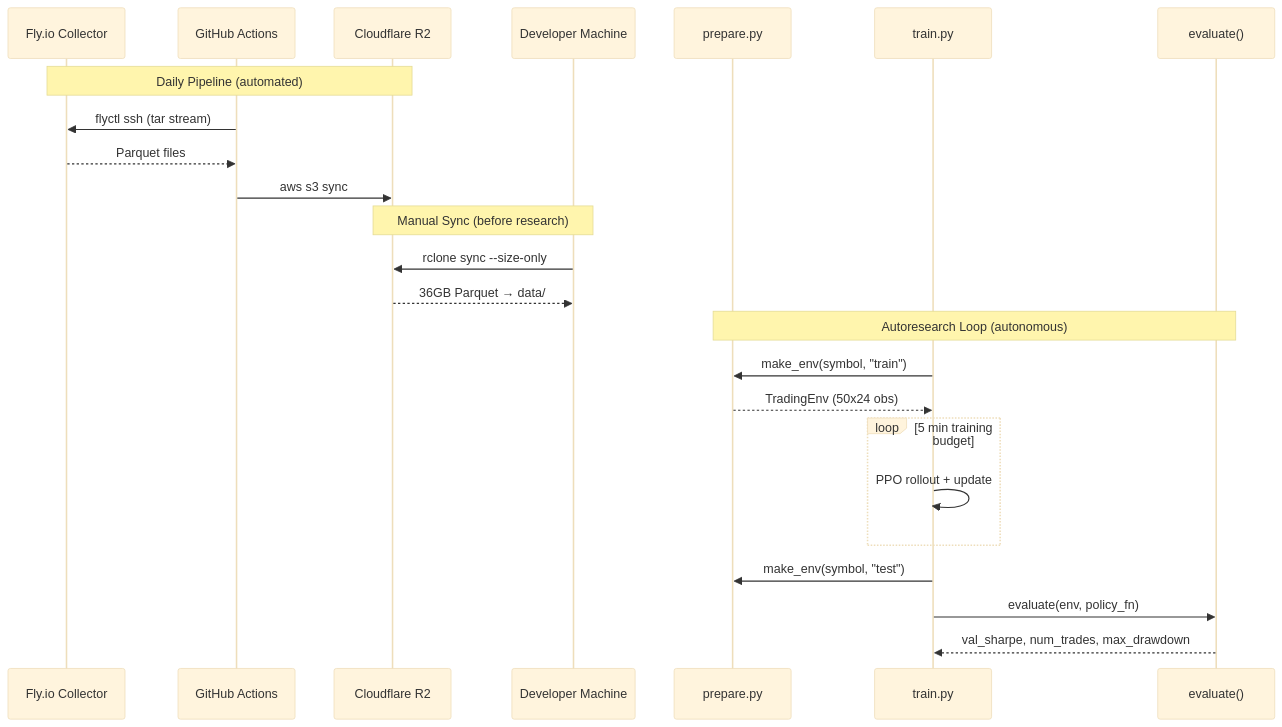
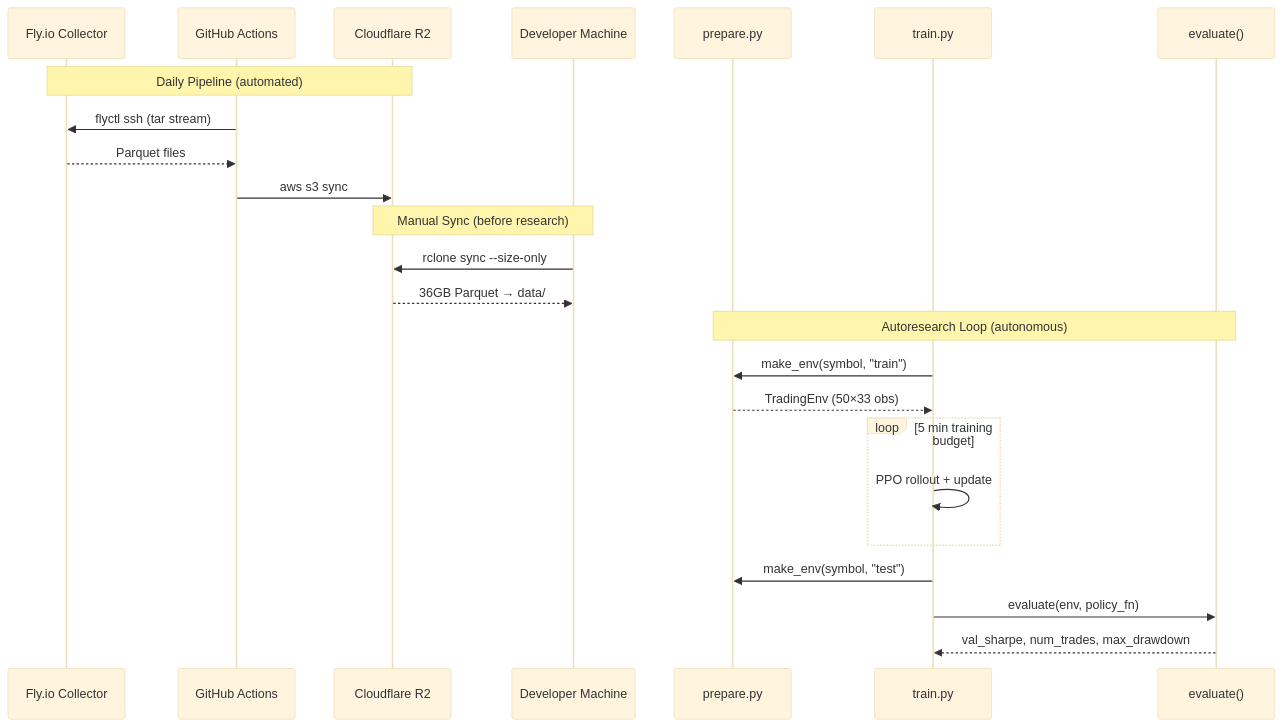
Before and after one commit to autoresearch-trading/autoresearch-trading: the second of 2 diagrams in docs/CODEBASE_MAP.md, drawn with Mermaid (base theme). The commit also changed other lines of this file and 3 other files, not shown here.

````diff
--- a/docs/CODEBASE_MAP.md
+++ b/docs/CODEBASE_MAP.md
@@ -121,29 +140,29 @@
 ```mermaid
 sequenceDiagram
     participant Fly as Fly.io Collector
     participant GH as GitHub Actions
     participant R2 as Cloudflare R2
     participant Dev as Developer Machine
     participant Prep as prepare.py
     participant Train as train.py
     participant Eval as evaluate()
 
     Note over Fly,R2: Daily Pipeline (automated)
     GH->>Fly: flyctl ssh (tar stream)
     Fly-->>GH: Parquet files
     GH->>R2: aws s3 sync
 
     Note over R2,Dev: Manual Sync (before research)
     Dev->>R2: rclone sync --size-only
     R2-->>Dev: 36GB Parquet → data/
 
     Note over Prep,Eval: Autoresearch Loop (autonomous)
     Train->>Prep: make_env(symbol, "train")
-    Prep-->>Train: TradingEnv (50x24 obs)
+    Prep-->>Train: TradingEnv (50×33 obs)
     loop 5 min training budget
         Train->>Train: PPO rollout + update
     end
     Train->>Prep: make_env(symbol, "test")
     Train->>Eval: evaluate(env, policy_fn)
     Eval-->>Train: val_sharpe, num_trades, max_drawdown
 ```
````
